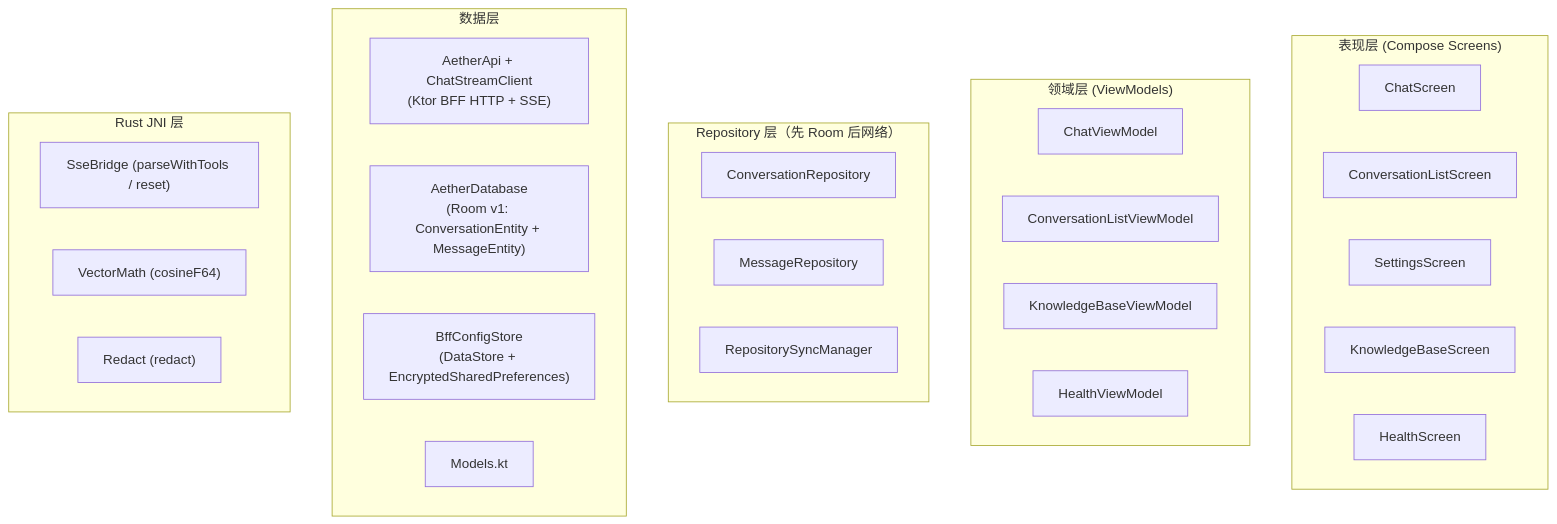
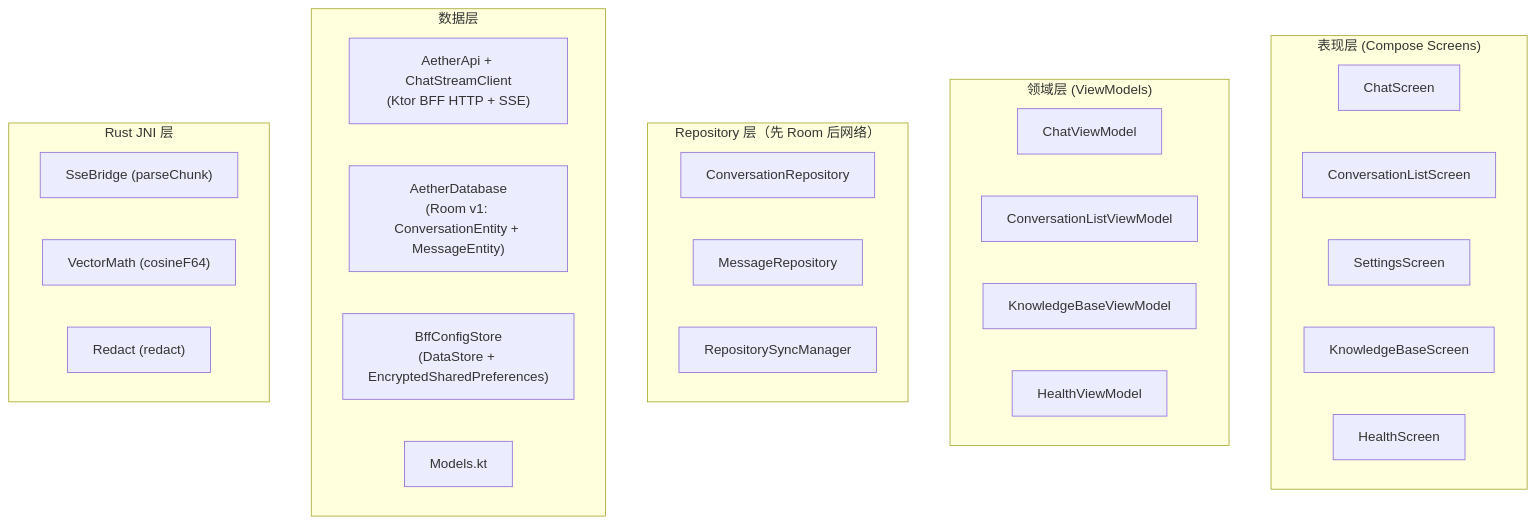
One commit to luosicx/Aether changed the fifth of 22 diagrams in doc/ARCHITECTURE.md. Above: the diagram before and after it, drawn with Mermaid. The commit also changed other lines of this file and 37 other files, not shown here.

````diff
--- a/doc/ARCHITECTURE.md
+++ b/doc/ARCHITECTURE.md
@@ -248,32 +248,32 @@
 ```mermaid
 flowchart TB
     subgraph DroidUI["表现层 (Compose Screens)"]
         ChatScreen["ChatScreen"]
         ConvListScreen["ConversationListScreen"]
         SettingsScreen["SettingsScreen"]
         KnowledgeBaseScreen["KnowledgeBaseScreen"]
         HealthScreen["HealthScreen"]
     end
     subgraph DroidVM["领域层 (ViewModels)"]
         ChatVM["ChatViewModel"]
         ConvListVM["ConversationListViewModel"]
         KnowledgeBaseVM["KnowledgeBaseViewModel"]
         HealthVM["HealthViewModel"]
     end
     subgraph DroidRepo["Repository 层（先 Room 后网络）"]
         ConvRepo["ConversationRepository"]
         MsgRepo["MessageRepository"]
         SyncMgr["RepositorySyncManager"]
     end
     subgraph DroidData["数据层"]
         AetherApi["AetherApi + ChatStreamClient<br/>(Ktor BFF HTTP + SSE)"]
         AetherDB["AetherDatabase<br/>(Room v1: ConversationEntity + MessageEntity)"]
         BffConfigStore["BffConfigStore<br/>(DataStore + EncryptedSharedPreferences)"]
         Models["Models.kt"]
     end
     subgraph DroidRust["Rust JNI 层"]
-        SseBridge["SseBridge (parseWithTools / reset)"]
+        SseBridge["SseBridge (parseChunk)"]
         VectorMath["VectorMath (cosineF64)"]
         Redact["Redact (redact)"]
     end
 ```
````
